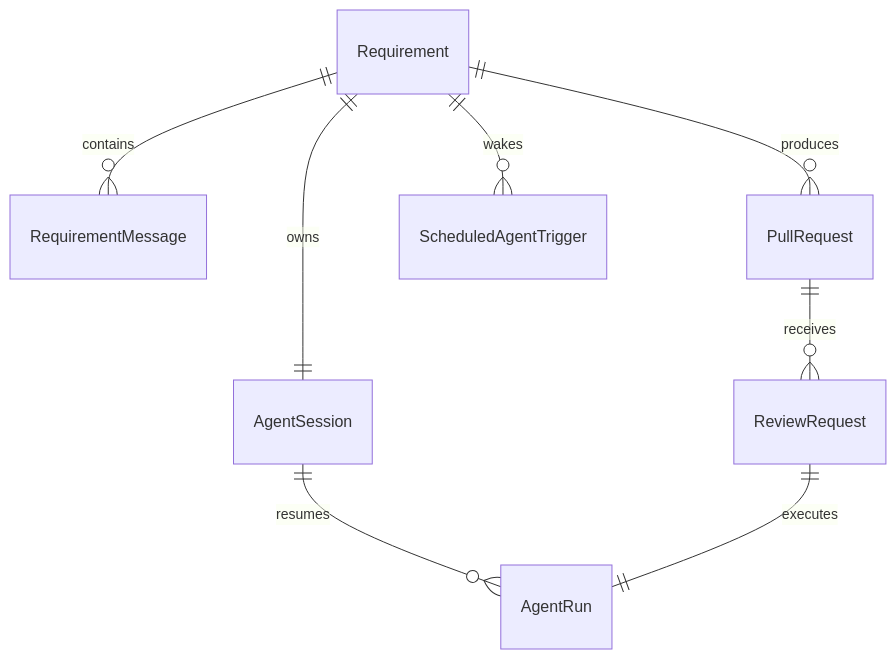
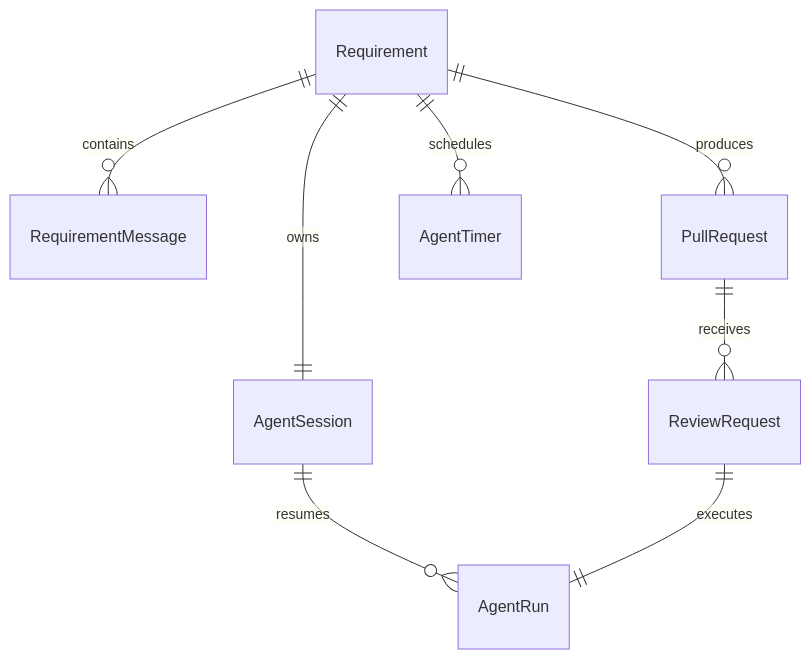
Before and after one commit to luohaha/code-factory: the first of 2 diagrams in docs/architecture.en.md, drawn with Mermaid. The commit also changed other lines of this file and 21 other files, not shown here.

```diff
--- a/docs/architecture.en.md
+++ b/docs/architecture.en.md
@@ -15,10 +15,10 @@
 ~~~mermaid
 erDiagram
   Requirement ||--|| AgentSession : owns
   Requirement ||--o{ RequirementMessage : contains
   Requirement ||--o{ PullRequest : produces
-  Requirement ||--o{ ScheduledAgentTrigger : wakes
+  Requirement ||--o{ AgentTimer : schedules
   AgentSession ||--o{ AgentRun : resumes
   PullRequest ||--o{ ReviewRequest : receives
   ReviewRequest ||--|| AgentRun : executes
 ~~~
```
